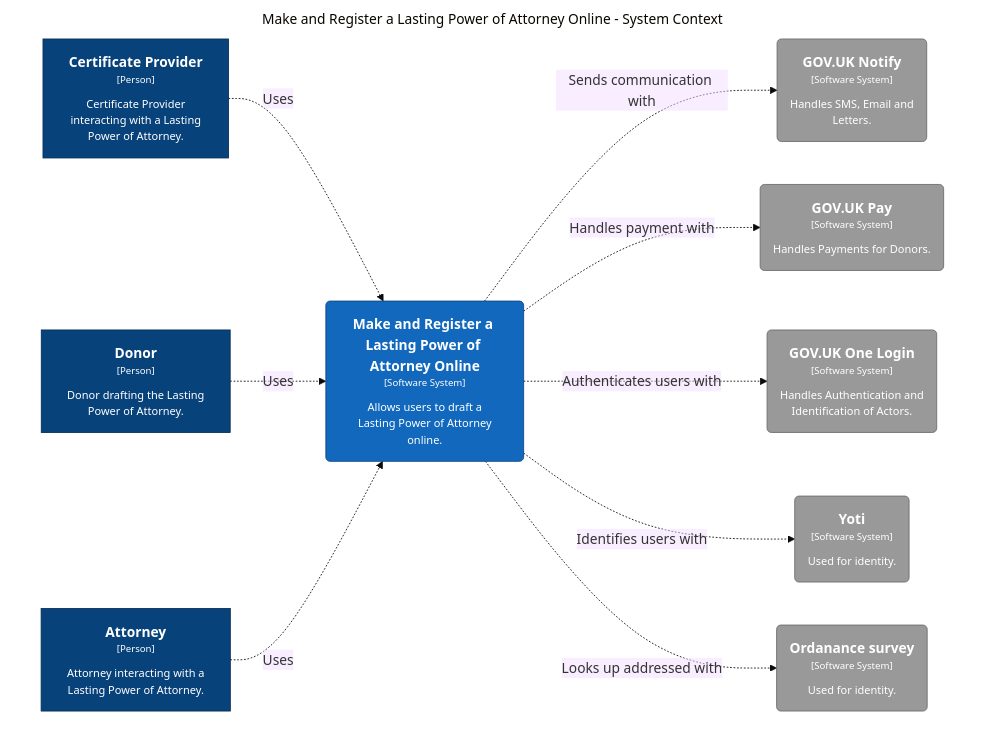
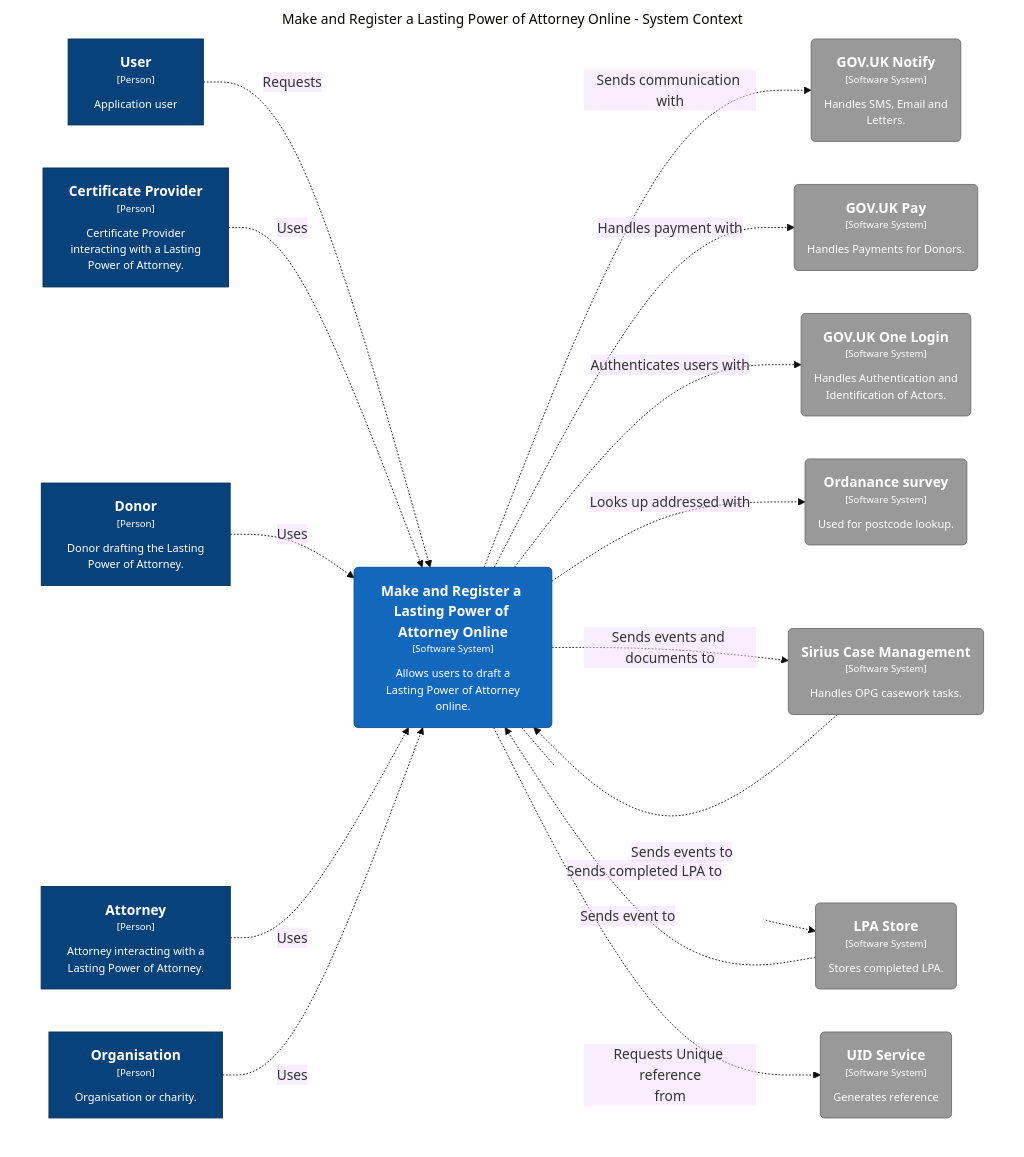
One commit to ministryofjustice/opg-modernising-lpa changed the diagram in docs/architecture/dsl/local/structurizr-SystemContext.mmd. Above: the diagram before and after it, drawn with Mermaid (base theme). The commit also changed 3 other files, not shown here.

First line of the commit message:
Update diagrams. Remove yoti. Update labels for clarity. (#1239)

```diff
--- a/docs/architecture/dsl/local/structurizr-SystemContext.mmd
+++ b/docs/architecture/dsl/local/structurizr-SystemContext.mmd
@@ -1,34 +1,48 @@
 graph TB
   linkStyle default fill:#ffffff
 
-  subgraph diagram [Make and Register a Lasting Power of Attorney Online - System Context]
+  subgraph diagram ["Make and Register a Lasting Power of Attorney Online - System Context"]
     style diagram fill:#ffffff,stroke:#ffffff
 
-    10("<div style='font-weight: bold'>GOV.UK Notify</div><div style='font-size: 70%; margin-top: 0px'>[Software System]</div><div style='font-size: 80%; margin-top:10px'>Handles SMS, Email and<br />Letters.</div>")
-    style 10 fill:#999999,stroke:#6b6b6b,color:#ffffff
-    11("<div style='font-weight: bold'>GOV.UK Pay</div><div style='font-size: 70%; margin-top: 0px'>[Software System]</div><div style='font-size: 80%; margin-top:10px'>Handles Payments for Donors.</div>")
-    style 11 fill:#999999,stroke:#6b6b6b,color:#ffffff
-    12("<div style='font-weight: bold'>GOV.UK One Login</div><div style='font-size: 70%; margin-top: 0px'>[Software System]</div><div style='font-size: 80%; margin-top:10px'>Handles Authentication and<br />Identification of Actors.</div>")
-    style 12 fill:#999999,stroke:#6b6b6b,color:#ffffff
-    13("<div style='font-weight: bold'>Yoti</div><div style='font-size: 70%; margin-top: 0px'>[Software System]</div><div style='font-size: 80%; margin-top:10px'>Used for identity.</div>")
-    style 13 fill:#999999,stroke:#6b6b6b,color:#ffffff
-    14("<div style='font-weight: bold'>Ordanance survey</div><div style='font-size: 70%; margin-top: 0px'>[Software System]</div><div style='font-size: 80%; margin-top:10px'>Used for identity.</div>")
-    style 14 fill:#999999,stroke:#6b6b6b,color:#ffffff
     2["<div style='font-weight: bold'>Attorney</div><div style='font-size: 70%; margin-top: 0px'>[Person]</div><div style='font-size: 80%; margin-top:10px'>Attorney interacting with a<br />Lasting Power of Attorney.</div>"]
     style 2 fill:#08427b,stroke:#052e56,color:#ffffff
+    28["<div style='font-weight: bold'>User</div><div style='font-size: 70%; margin-top: 0px'>[Person]</div><div style='font-size: 80%; margin-top:10px'>Application user</div>"]
+    style 28 fill:#08427b,stroke:#052e56,color:#ffffff
     3["<div style='font-weight: bold'>Donor</div><div style='font-size: 70%; margin-top: 0px'>[Person]</div><div style='font-size: 80%; margin-top:10px'>Donor drafting the Lasting<br />Power of Attorney.</div>"]
     style 3 fill:#08427b,stroke:#052e56,color:#ffffff
+    35("<div style='font-weight: bold'>GOV.UK Notify</div><div style='font-size: 70%; margin-top: 0px'>[Software System]</div><div style='font-size: 80%; margin-top:10px'>Handles SMS, Email and<br />Letters.</div>")
+    style 35 fill:#999999,stroke:#6b6b6b,color:#ffffff
+    36("<div style='font-weight: bold'>GOV.UK Pay</div><div style='font-size: 70%; margin-top: 0px'>[Software System]</div><div style='font-size: 80%; margin-top:10px'>Handles Payments for Donors.</div>")
+    style 36 fill:#999999,stroke:#6b6b6b,color:#ffffff
+    37("<div style='font-weight: bold'>GOV.UK One Login</div><div style='font-size: 70%; margin-top: 0px'>[Software System]</div><div style='font-size: 80%; margin-top:10px'>Handles Authentication and<br />Identification of Actors.</div>")
+    style 37 fill:#999999,stroke:#6b6b6b,color:#ffffff
+    38("<div style='font-weight: bold'>Ordanance survey</div><div style='font-size: 70%; margin-top: 0px'>[Software System]</div><div style='font-size: 80%; margin-top:10px'>Used for postcode lookup.</div>")
+    style 38 fill:#999999,stroke:#6b6b6b,color:#ffffff
+    39("<div style='font-weight: bold'>Sirius Case Management</div><div style='font-size: 70%; margin-top: 0px'>[Software System]</div><div style='font-size: 80%; margin-top:10px'>Handles OPG casework tasks.</div>")
+    style 39 fill:#999999,stroke:#6b6b6b,color:#ffffff
     4["<div style='font-weight: bold'>Certificate Provider</div><div style='font-size: 70%; margin-top: 0px'>[Person]</div><div style='font-size: 80%; margin-top:10px'>Certificate Provider<br />interacting with a Lasting<br />Power of Attorney.</div>"]
     style 4 fill:#08427b,stroke:#052e56,color:#ffffff
-    6("<div style='font-weight: bold'>Make and Register a Lasting Power of Attorney Online</div><div style='font-size: 70%; margin-top: 0px'>[Software System]</div><div style='font-size: 80%; margin-top:10px'>Allows users to draft a<br />Lasting Power of Attorney<br />online.</div>")
-    style 6 fill:#1168bd,stroke:#0b4884,color:#ffffff
+    40("<div style='font-weight: bold'>LPA Store</div><div style='font-size: 70%; margin-top: 0px'>[Software System]</div><div style='font-size: 80%; margin-top:10px'>Stores completed LPA.</div>")
+    style 40 fill:#999999,stroke:#6b6b6b,color:#ffffff
+    41("<div style='font-weight: bold'>UID Service</div><div style='font-size: 70%; margin-top: 0px'>[Software System]</div><div style='font-size: 80%; margin-top:10px'>Generates reference</div>")
+    style 41 fill:#999999,stroke:#6b6b6b,color:#ffffff
+    6["<div style='font-weight: bold'>Organisation</div><div style='font-size: 70%; margin-top: 0px'>[Person]</div><div style='font-size: 80%; margin-top:10px'>Organisation or charity.</div>"]
+    style 6 fill:#08427b,stroke:#052e56,color:#ffffff
+    7("<div style='font-weight: bold'>Make and Register a Lasting Power of Attorney Online</div><div style='font-size: 70%; margin-top: 0px'>[Software System]</div><div style='font-size: 80%; margin-top:10px'>Allows users to draft a<br />Lasting Power of Attorney<br />online.</div>")
+    style 7 fill:#1168bd,stroke:#0b4884,color:#ffffff
 
-    4-. "<div>Uses</div><div style='font-size: 70%'></div>" .->6
-    3-. "<div>Uses</div><div style='font-size: 70%'></div>" .->6
-    2-. "<div>Uses</div><div style='font-size: 70%'></div>" .->6
-    6-. "<div>Sends communication with</div><div style='font-size: 70%'></div>" .->10
-    6-. "<div>Handles payment with</div><div style='font-size: 70%'></div>" .->11
-    6-. "<div>Authenticates users with</div><div style='font-size: 70%'></div>" .->12
-    6-. "<div>Identifies users with</div><div style='font-size: 70%'></div>" .->13
-    6-. "<div>Looks up addressed with</div><div style='font-size: 70%'></div>" .->14
+    28-. "<div>Requests</div><div style='font-size: 70%'></div>" .->7
+    4-. "<div>Uses</div><div style='font-size: 70%'></div>" .->7
+    3-. "<div>Uses</div><div style='font-size: 70%'></div>" .->7
+    2-. "<div>Uses</div><div style='font-size: 70%'></div>" .->7
+    6-. "<div>Uses</div><div style='font-size: 70%'></div>" .->7
+    7-. "<div>Sends communication with</div><div style='font-size: 70%'></div>" .->35
+    7-. "<div>Handles payment with</div><div style='font-size: 70%'></div>" .->36
+    7-. "<div>Authenticates users with</div><div style='font-size: 70%'></div>" .->37
+    7-. "<div>Looks up addressed with</div><div style='font-size: 70%'></div>" .->38
+    7-. "<div>Sends events and documents to</div><div style='font-size: 70%'></div>" .->39
+    7-. "<div>Sends completed LPA to</div><div style='font-size: 70%'></div>" .->40
+    7-. "<div>Requests Unique reference<br />from</div><div style='font-size: 70%'></div>" .->41
+    39-. "<div>Sends events to</div><div style='font-size: 70%'></div>" .->7
+    40-. "<div>Sends event to</div><div style='font-size: 70%'></div>" .->7
   end
```
